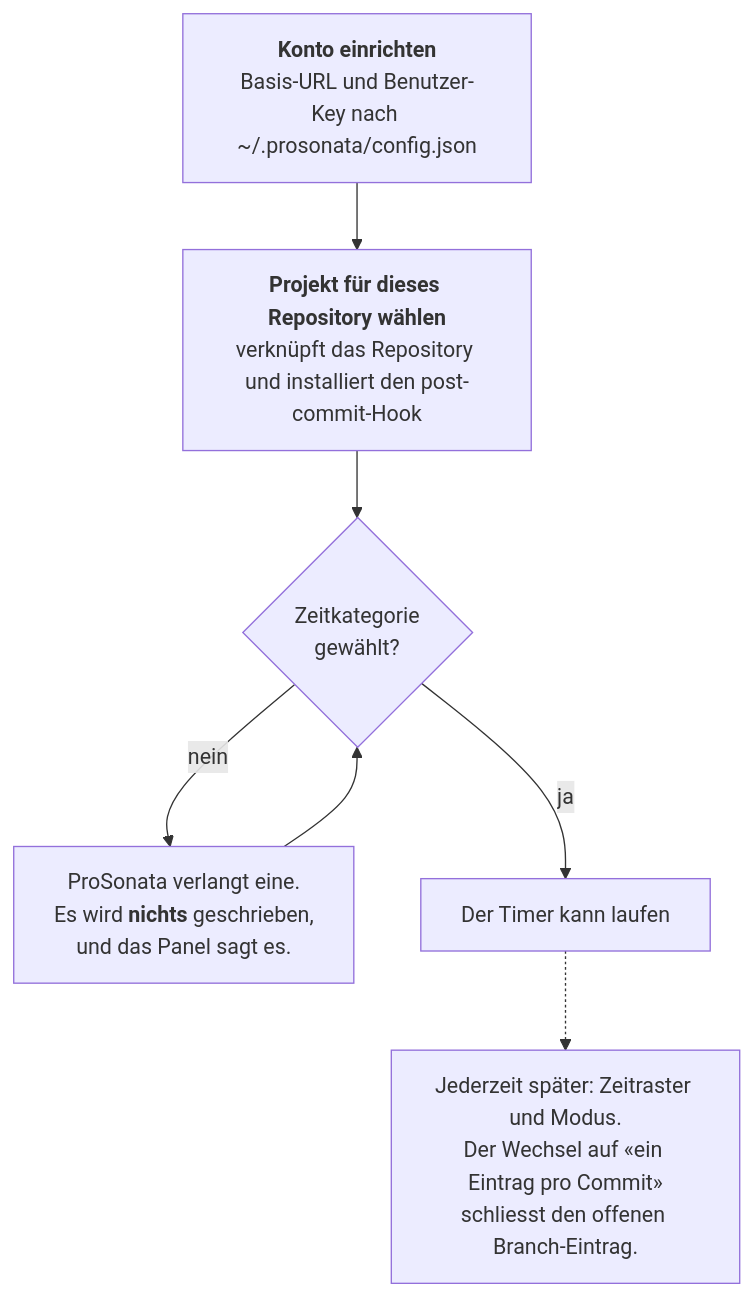
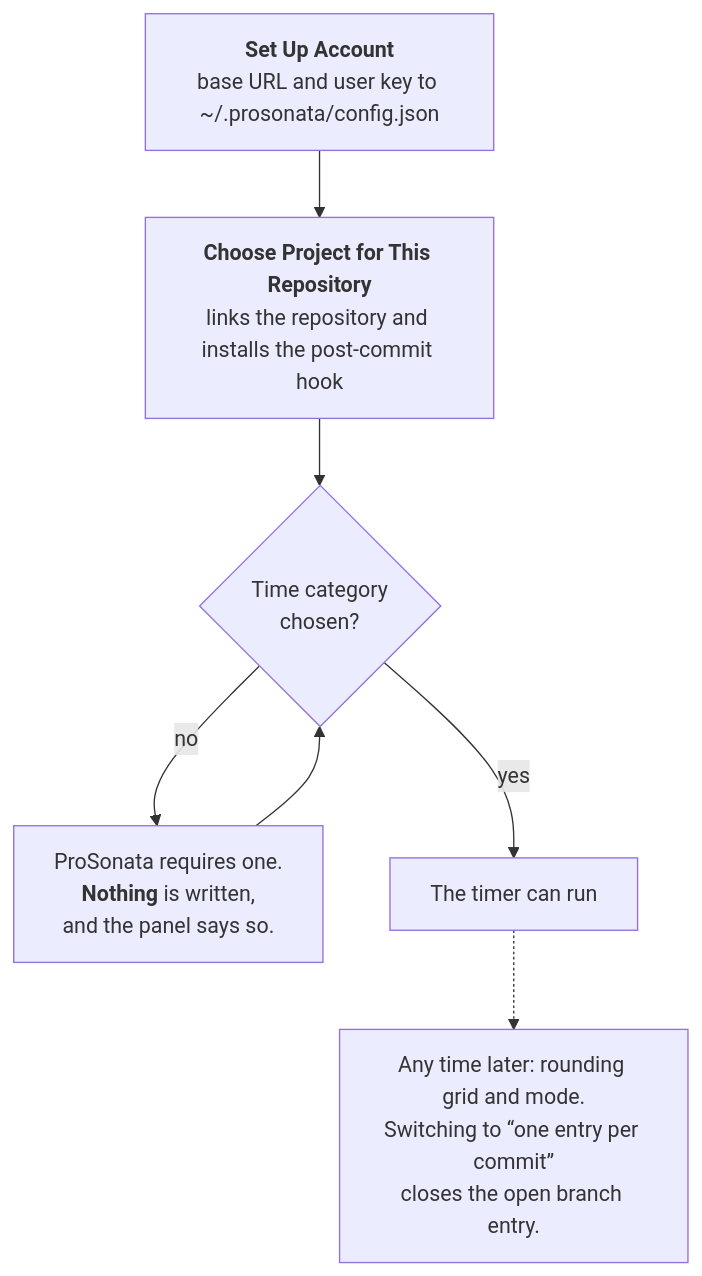
The first of 4 diagrams in README.md (profitlich-ch/prosonata-vscode-tools), drawn with Mermaid before and after one commit. The commit also changed other lines of this file and 41 other files, not shown here.

````diff
--- a/README.md
+++ b/README.md
@@ -54,10 +60,10 @@
 ```mermaid
 flowchart TD
-    A["<b>Konto einrichten</b><br/>Basis-URL und Benutzer-Key nach ~/.prosonata/config.json"] --> B
-    B["<b>Projekt für dieses Repository wählen</b><br/>verknüpft das Repository und installiert den post-commit-Hook"] --> C
-    C{"Zeitkategorie<br/>gewählt?"}
-    C -- "nein" --> D["ProSonata verlangt eine.<br/>Es wird <b>nichts</b> geschrieben,<br/>und das Panel sagt es."]
+    A["<b>Set Up Account</b><br/>base URL and user key to ~/.prosonata/config.json"] --> B
+    B["<b>Choose Project for This Repository</b><br/>links the repository and installs the post-commit hook"] --> C
+    C{"Time category<br/>chosen?"}
+    C -- "no" --> D["ProSonata requires one.<br/><b>Nothing</b> is written,<br/>and the panel says so."]
     D --> C
-    C -- "ja" --> E["Der Timer kann laufen"]
-    E -.-> F["Jederzeit später: Zeitraster und Modus.<br/>Der Wechsel auf «ein Eintrag pro Commit»<br/>schliesst den offenen Branch-Eintrag."]
+    C -- "yes" --> E["The timer can run"]
+    E -.-> F["Any time later: rounding grid and mode.<br/>Switching to “one entry per commit”<br/>closes the open branch entry."]
 ```
````
